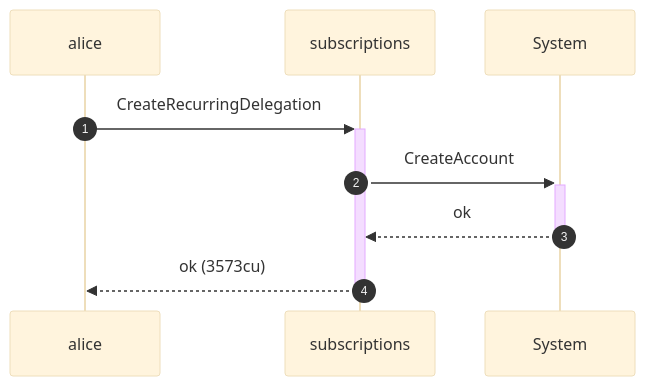
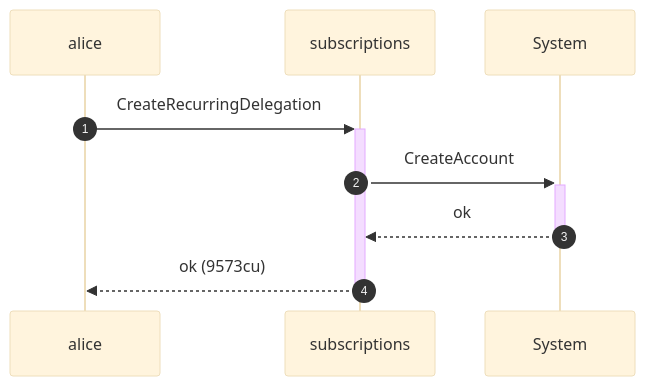
One commit to cds-rs/subscriptions changed the sixth of 12 diagrams in dsl_tests/recurring-transfer-rejects-a-non-canonical-source.md. Above: the diagram before and after it, drawn with Mermaid (base theme). The commit also changed other lines of this file and 224 other files, not shown here.

````diff
--- a/dsl_tests/recurring-transfer-rejects-a-non-canonical-source.md
+++ b/dsl_tests/recurring-transfer-rejects-a-non-canonical-source.md
@@ -116,11 +122,11 @@
 ```mermaid
 sequenceDiagram
     autonumber
     participant alice
     participant subscriptions
     participant System
     alice ->>+ subscriptions: CreateRecurringDelegation
     subscriptions ->>+ System: CreateAccount
     System -->>- subscriptions: ok
-    subscriptions -->>- alice: ok (3573cu)
+    subscriptions -->>- alice: ok (9573cu)
 ```
````
